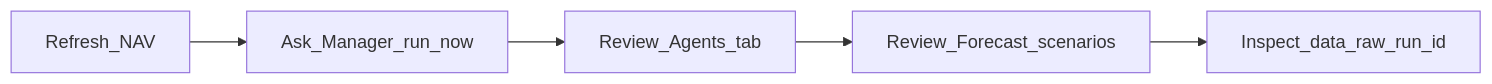
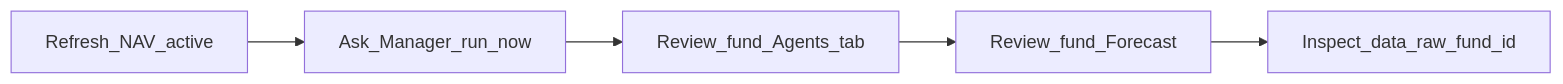
The seventh of 7 diagrams in README.md (psunil0001-sys/revops), drawn with Mermaid before and after one commit. The commit also changed other lines of this file and 27 other files, not shown here.

````diff
--- a/README.md
+++ b/README.md
@@ -307,7 +392,7 @@
 ```mermaid
 flowchart LR
-  A[Refresh_NAV] --> B[Ask_Manager_run_now]
-  B --> C[Review_Agents_tab]
-  C --> D[Review_Forecast_scenarios]
-  D --> E[Inspect_data_raw_run_id]
+  A[Refresh_NAV_active] --> B[Ask_Manager_run_now]
+  B --> C[Review_fund_Agents_tab]
+  C --> D[Review_fund_Forecast]
+  D --> E[Inspect_data_raw_fund_id]
 ```
````
